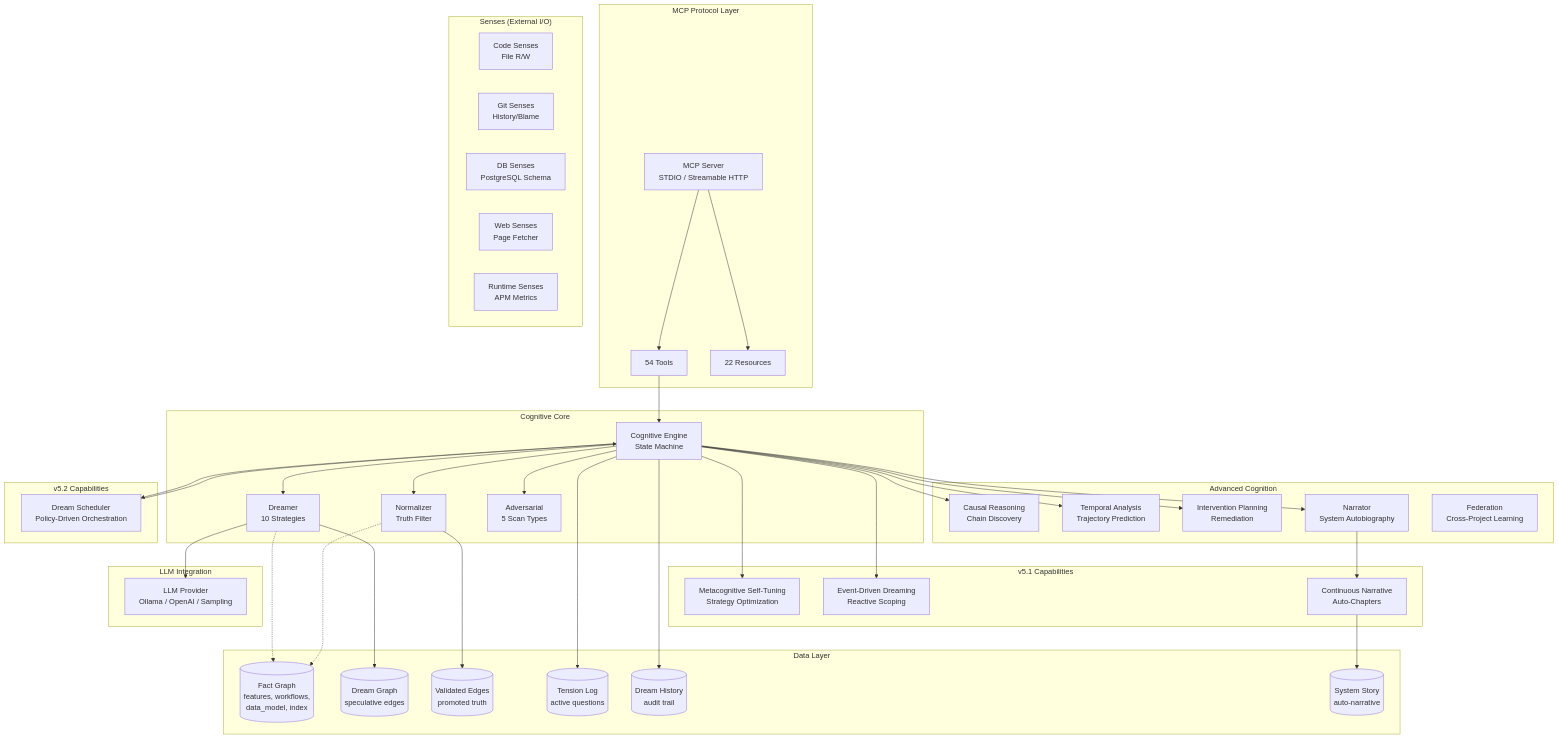
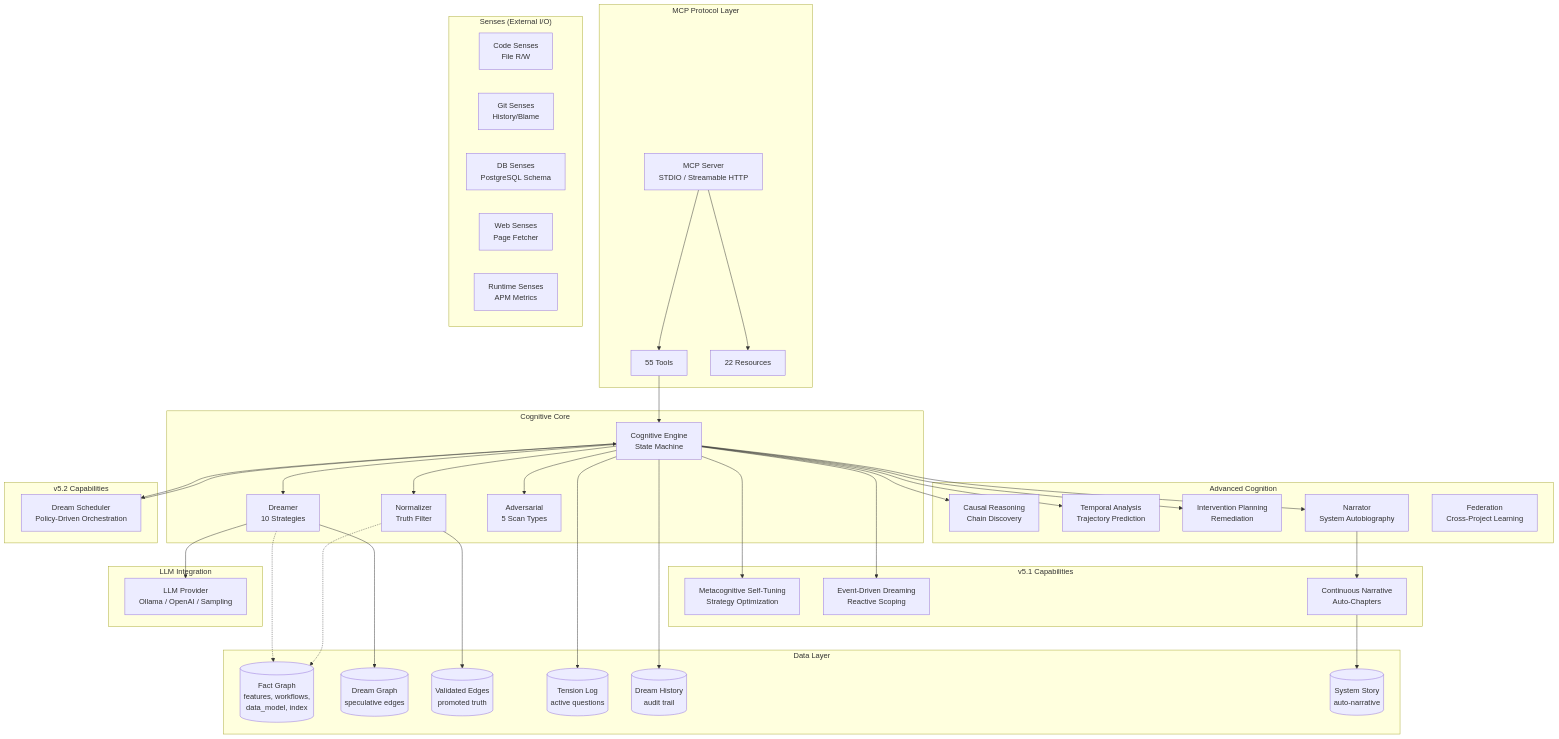
One commit to mmethodz/dreamgraph changed the first of 2 diagrams in docs/architecture.md. Above: the diagram before and after it, drawn with Mermaid. The commit also changed 6 other files, not shown here.

````diff
--- a/docs/architecture.md
+++ b/docs/architecture.md
@@ -59,78 +59,78 @@
 ```mermaid
 graph TB
     subgraph "MCP Protocol Layer"
         Server["MCP Server<br/>STDIO / Streamable HTTP"]
-        Tools["54 Tools"]
+        Tools["55 Tools"]
         Resources["22 Resources"]
     end
 
     subgraph "Cognitive Core"
         Engine["Cognitive Engine<br/>State Machine"]
         Dreamer["Dreamer<br/>10 Strategies"]
         Normalizer["Normalizer<br/>Truth Filter"]
         Adversarial["Adversarial<br/>5 Scan Types"]
     end
 
     subgraph "Advanced Cognition"
         Causal["Causal Reasoning<br/>Chain Discovery"]
         Temporal["Temporal Analysis<br/>Trajectory Prediction"]
         Intervention["Intervention Planning<br/>Remediation"]
         Narrator["Narrator<br/>System Autobiography"]
         Federation["Federation<br/>Cross-Project Learning"]
     end
 
     subgraph "v5.1 Capabilities"
         Metacognition["Metacognitive Self-Tuning<br/>Strategy Optimization"]
         EventRouter["Event-Driven Dreaming<br/>Reactive Scoping"]
         ContinuousNarrative["Continuous Narrative<br/>Auto-Chapters"]
     end
 
     subgraph "v5.2 Capabilities"
         Scheduler["Dream Scheduler<br/>Policy-Driven Orchestration"]
     end
 
     subgraph "LLM Integration"
         LLM["LLM Provider<br/>Ollama / OpenAI / Sampling"]
     end
 
     subgraph "Senses (External I/O)"
         Code["Code Senses<br/>File R/W"]
         Git["Git Senses<br/>History/Blame"]
         DB["DB Senses<br/>PostgreSQL Schema"]
         Web["Web Senses<br/>Page Fetcher"]
         Runtime["Runtime Senses<br/>APM Metrics"]
     end
 
     subgraph "Data Layer"
         FactGraph[("Fact Graph<br/>features, workflows,<br/>data_model, index")]
         DreamGraph[("Dream Graph<br/>speculative edges")]
         Validated[("Validated Edges<br/>promoted truth")]
         Tensions[("Tension Log<br/>active questions")]
         History[("Dream History<br/>audit trail")]
         Story[("System Story<br/>auto-narrative")]
     end
 
     Server --> Tools
     Server --> Resources
     Tools --> Engine
     Engine --> Dreamer
     Engine --> Normalizer
     Engine --> Adversarial
     Engine --> Causal
     Engine --> Temporal
     Engine --> Intervention
     Engine --> Narrator
     Engine --> Metacognition
     Engine --> EventRouter
     Dreamer --> LLM
     Engine --> Scheduler
     Narrator --> ContinuousNarrative
     Scheduler --> Engine
     Dreamer --> DreamGraph
     Normalizer --> Validated
     Engine --> Tensions
     Engine --> History
     ContinuousNarrative --> Story
     Dreamer -.-> FactGraph
     Normalizer -.-> FactGraph
 ```
````
